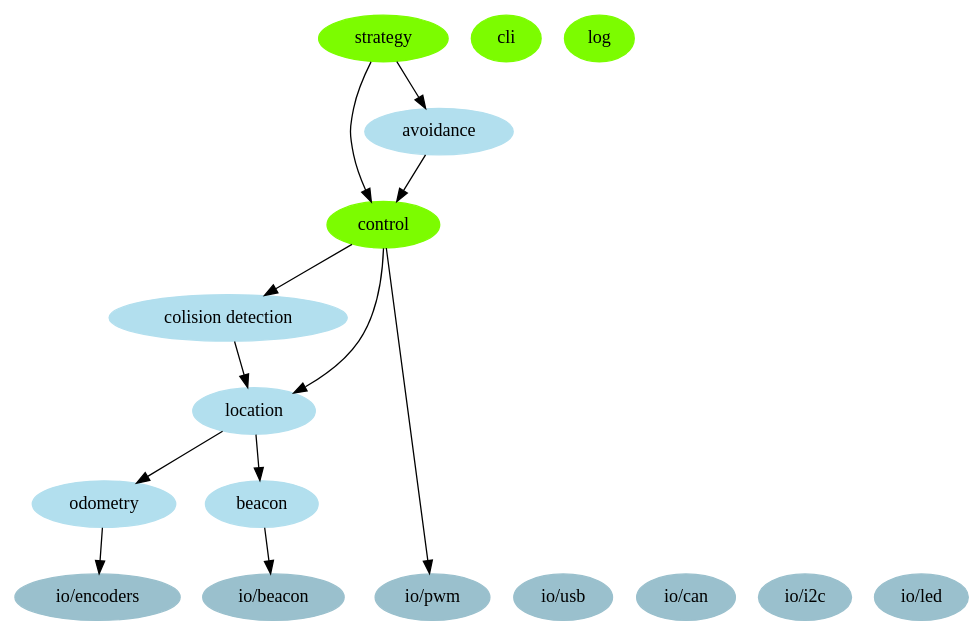
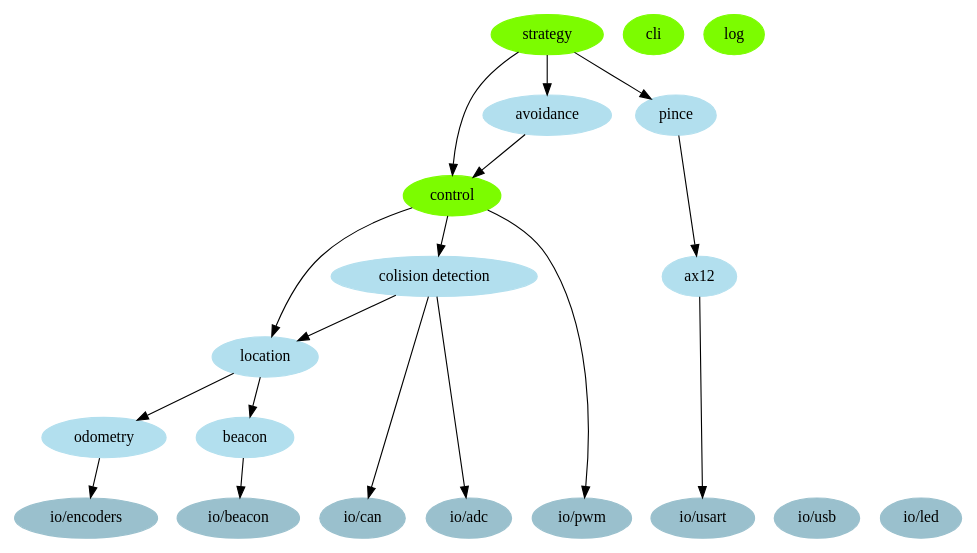
The diagram in doc/graph/architecture.dot (jbtredez/Atlantronic), drawn with Graphviz before and after one commit.

Commit message:
mise à jour doc
	modified:   doc/graph/architecture.dot

```diff
--- a/doc/graph/architecture.dot
+++ b/doc/graph/architecture.dot
@@ -1,45 +1,54 @@
 digraph robot
 {
 	size="10,10";
 	// modules - taches
 	node [color=lawngreen, style=filled ]
 	strategy
 	control
 	cli
 	log
 
 	// modules - fonctions
 	node [color=lightblue2, style=filled ]
 	avoidance
 	"colision detection"
 	location
 	odometry
 	beacon
+	pince
+	ax12
+
 
 	// io
 	node [color=lightblue3, style=filled ]
 	{
 		rank=same;
 		"io/pwm"
 		"io/encoders"
 		"io/beacon"
 		"io/usb"
 		"io/can"
-		"io/i2c"
+		"io/adc"
+		"io/usart"
 		"io/led"
 	}
 
 	// liens
 	strategy -> avoidance
 	strategy -> control
+	strategy -> pince
 	avoidance -> control
 	control -> "colision detection"
 	control -> location
 	"colision detection" -> location
 	location -> odometry
 	location -> beacon
+	pince -> ax12
 
+	ax12 -> "io/usart"
+	"colision detection" -> "io/adc"
+	"colision detection" -> "io/can"
 	beacon -> "io/beacon"
 	odometry -> "io/encoders"
 	control -> "io/pwm"
 }
```
